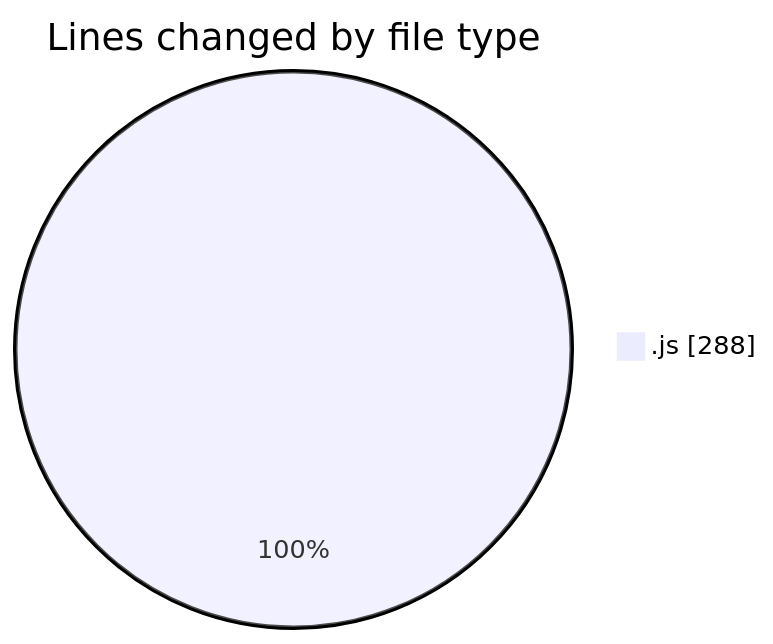
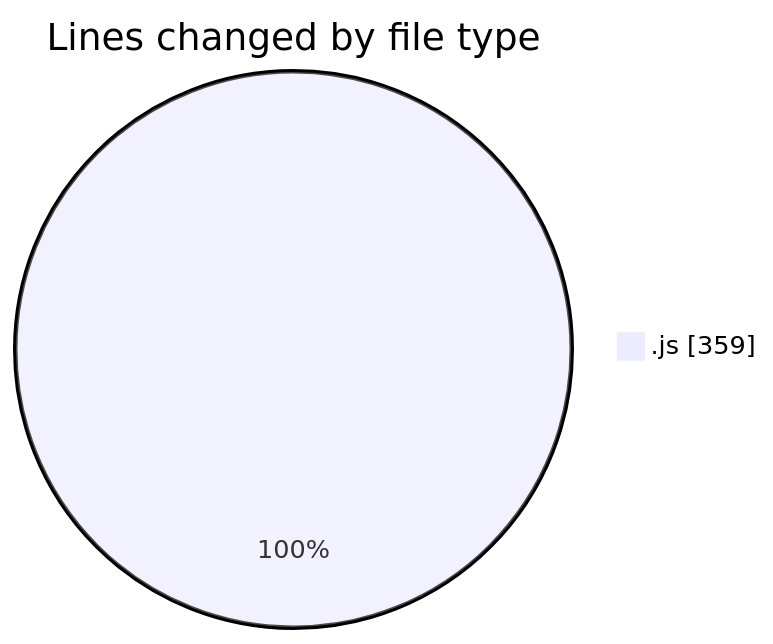
One commit to Ritupan-Deka/code-tracking changed the first of 2 diagrams in 2025-07-20/mern-workoutboard/README.md. Above: the diagram before and after it, drawn with Mermaid. The commit also changed other lines of this file and 1 other file, not shown here.

````diff
--- a/2025-07-20/mern-workoutboard/README.md
+++ b/2025-07-20/mern-workoutboard/README.md
@@ -23,5 +23,5 @@
 ```mermaid
 pie showData
 title Lines changed by file type
-".js" : 288
+".js" : 359
 ```
````
